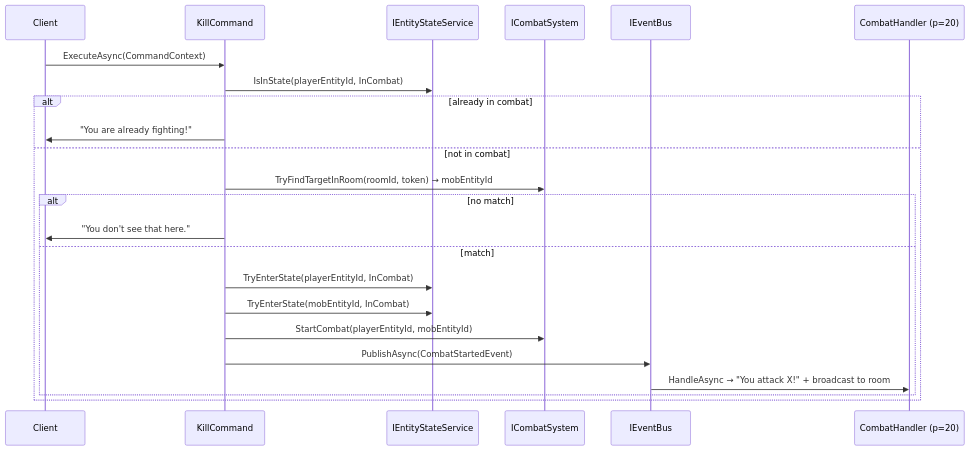
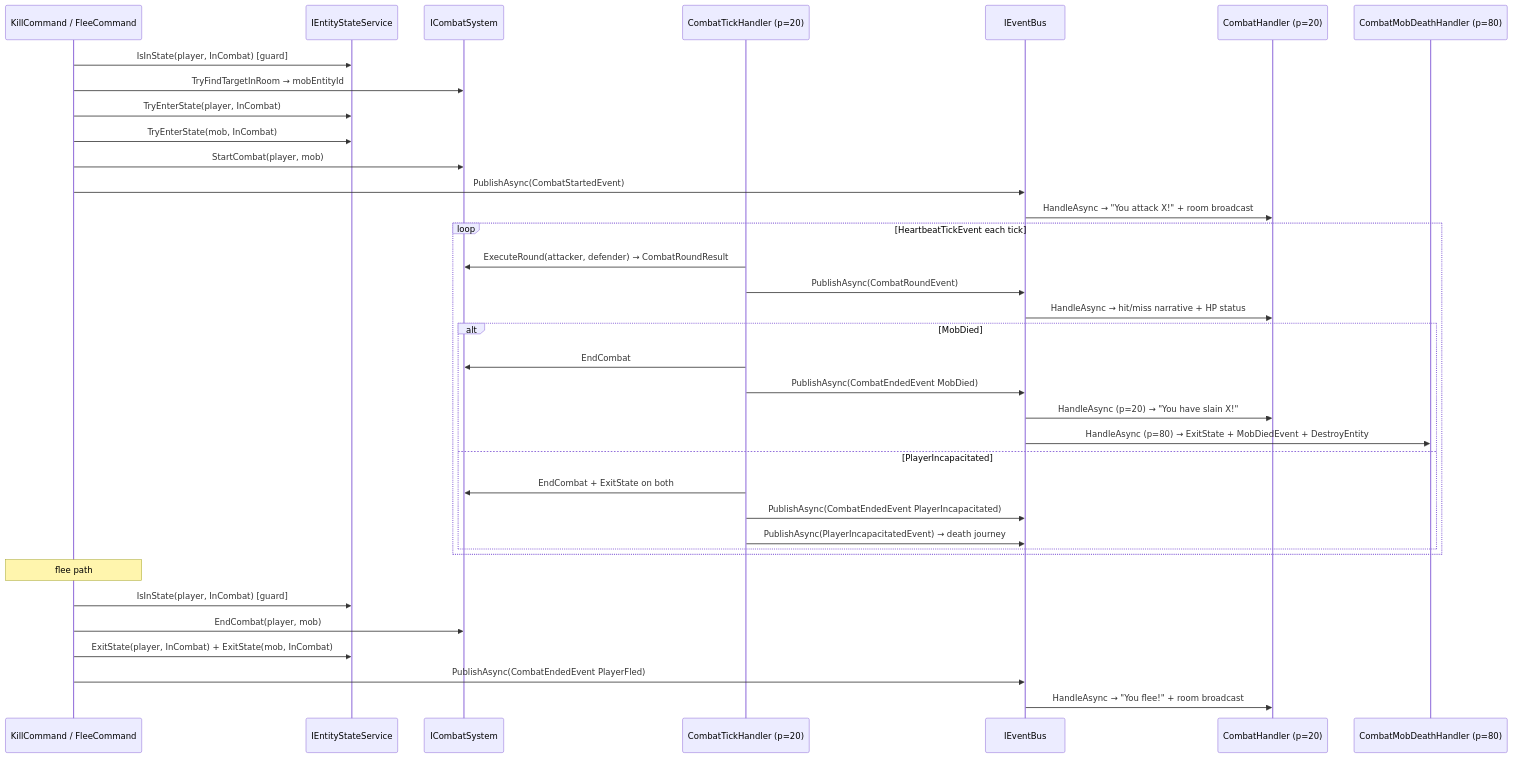
The diagram in docs/architecture/flows/flow-17-kill-mob-combat-initiation.md (dmbyer/Hedron), drawn with Mermaid before and after one commit. The commit also changed other lines of this file and 182 other files, not shown here.

````diff
--- a/docs/architecture/flows/flow-17-kill-mob-combat-initiation.md
+++ b/docs/architecture/flows/flow-17-kill-mob-combat-initiation.md
@@ -9,26 +9,41 @@
 ```mermaid
 sequenceDiagram
-    participant Client
-    participant Cmd as KillCommand
+    participant Cmd as KillCommand / FleeCommand
     participant ESS as IEntityStateService
     participant CS as ICombatSystem
+    participant CTH as CombatTickHandler (p=20)
     participant Bus as IEventBus
     participant CH as CombatHandler (p=20)
+    participant MDH as CombatMobDeathHandler (p=80)
 
-    Client->>Cmd: ExecuteAsync(CommandContext)
-    Cmd->>ESS: IsInState(playerEntityId, InCombat)
-    alt already in combat
-        Cmd->>Client: "You are already fighting!"
-    else not in combat
-        Cmd->>CS: TryFindTargetInRoom(roomId, token) → mobEntityId
-        alt no match
-            Cmd->>Client: "You don't see that here."
-        else match
-            Cmd->>ESS: TryEnterState(playerEntityId, InCombat)
-            Cmd->>ESS: TryEnterState(mobEntityId, InCombat)
-            Cmd->>CS: StartCombat(playerEntityId, mobEntityId)
-            Cmd->>Bus: PublishAsync(CombatStartedEvent)
-            Bus->>CH: HandleAsync → "You attack X!" + broadcast to room
+    Cmd->>ESS: IsInState(player, InCombat) [guard]
+    Cmd->>CS: TryFindTargetInRoom → mobEntityId
+    Cmd->>ESS: TryEnterState(player, InCombat)
+    Cmd->>ESS: TryEnterState(mob, InCombat)
+    Cmd->>CS: StartCombat(player, mob)
+    Cmd->>Bus: PublishAsync(CombatStartedEvent)
+    Bus->>CH: HandleAsync → "You attack X!" + room broadcast
+
+    loop HeartbeatTickEvent each tick
+        CTH->>CS: ExecuteRound(attacker, defender) → CombatRoundResult
+        CTH->>Bus: PublishAsync(CombatRoundEvent)
+        Bus->>CH: HandleAsync → hit/miss narrative + HP status
+        alt MobDied
+            CTH->>CS: EndCombat
+            CTH->>Bus: PublishAsync(CombatEndedEvent MobDied)
+            Bus->>CH: HandleAsync (p=20) → "You have slain X!"
+            Bus->>MDH: HandleAsync (p=80) → ExitState + MobDiedEvent + DestroyEntity
+        else PlayerIncapacitated
+            CTH->>CS: EndCombat + ExitState on both
+            CTH->>Bus: PublishAsync(CombatEndedEvent PlayerIncapacitated)
+            CTH->>Bus: PublishAsync(PlayerIncapacitatedEvent) → death journey
         end
     end
+
+    Note over Cmd: flee path
+    Cmd->>ESS: IsInState(player, InCombat) [guard]
+    Cmd->>CS: EndCombat(player, mob)
+    Cmd->>ESS: ExitState(player, InCombat) + ExitState(mob, InCombat)
+    Cmd->>Bus: PublishAsync(CombatEndedEvent PlayerFled)
+    Bus->>CH: HandleAsync → "You flee!" + room broadcast
 ```
````
